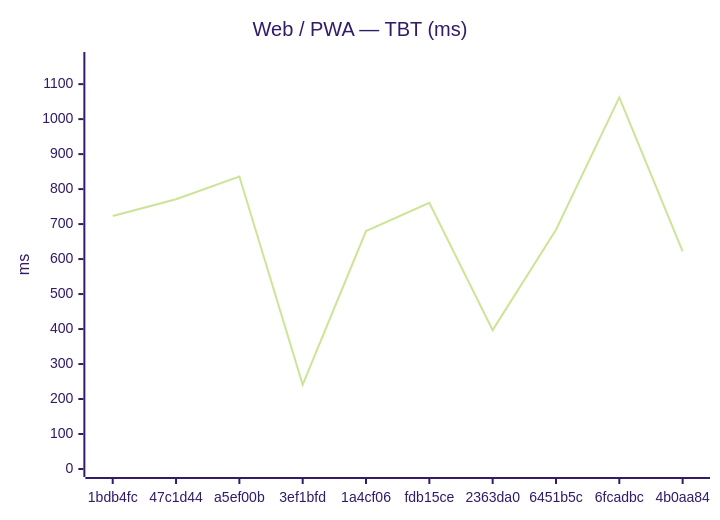
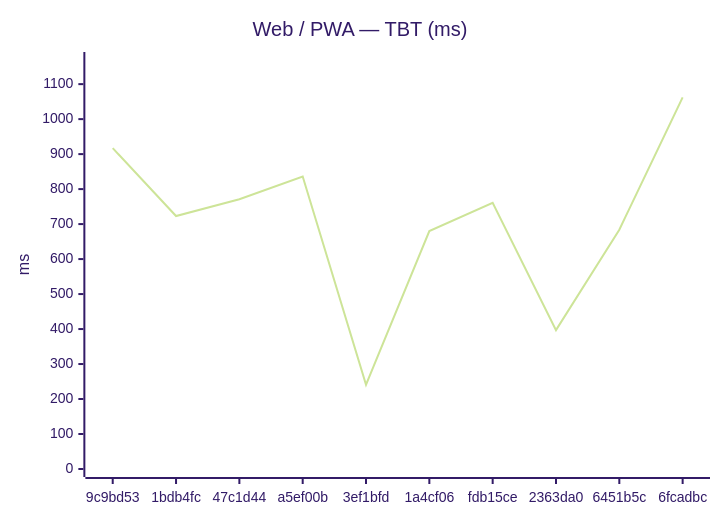
Before and after one commit to Metaheurist/Rianell: the second of 12 diagrams in benchmarks/compare.md, drawn with Mermaid (forest theme). The commit also changed other lines of this file and 8 other files, not shown here.

````diff
--- a/benchmarks/compare.md
+++ b/benchmarks/compare.md
@@ -31,7 +31,7 @@
 ```mermaid
 xychart-beta
     title "Web / PWA — TBT (ms)"
-    x-axis ["1bdb4fc", "47c1d44", "a5ef00b", "3ef1bfd", "1a4cf06", "fdb15ce", "2363da0", "6451b5c", "6fcadbc", "4b0aa84"]
+    x-axis ["9c9bd53", "1bdb4fc", "47c1d44", "a5ef00b", "3ef1bfd", "1a4cf06", "fdb15ce", "2363da0", "6451b5c", "6fcadbc"]
     y-axis "ms" 0 --> 1169
-    line [723, 771, 836, 241, 680, 761, 397, 684, 1062, 622]
+    line [917, 723, 771, 836, 241, 680, 761, 397, 684, 1062]
 ```
````
